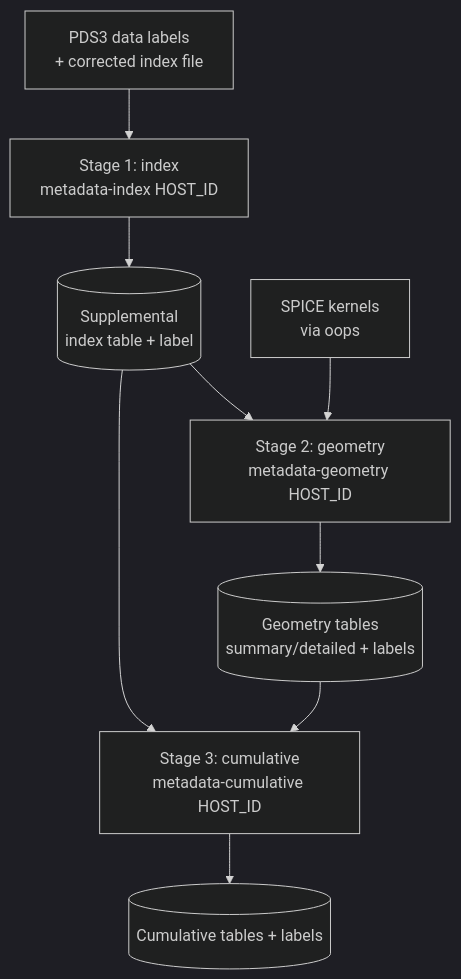
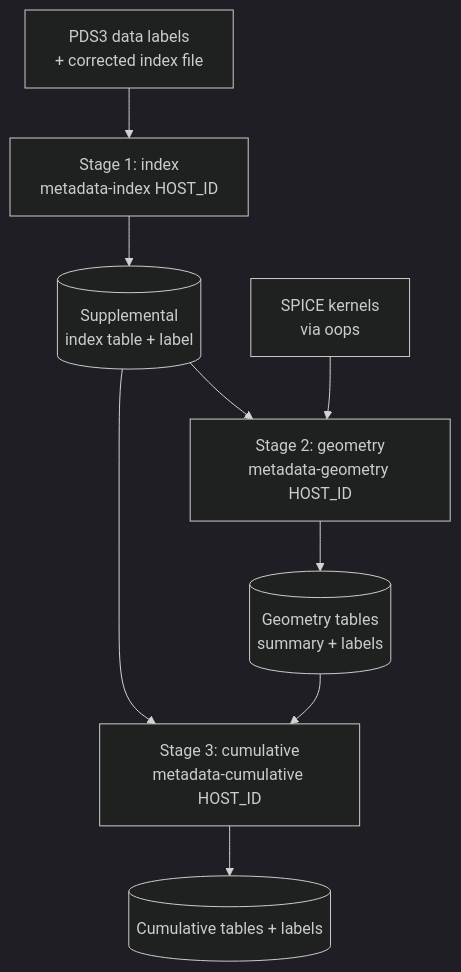
Before and after one commit to SETI/rms-metadata-tools: the diagram in docs/user_guide/user_guide_overview.rst, drawn with Mermaid (dark theme). The commit also changed other lines of this file and 65 other files, not shown here.

```diff
--- a/docs/user_guide/user_guide_overview.rst
+++ b/docs/user_guide/user_guide_overview.rst
@@ -62,11 +61,11 @@
 .. mermaid::
 
    flowchart TD
        L[PDS3 data labels<br/>+ corrected index file] --> I[Stage 1: index<br/>metadata-index HOST_ID]
        I --> IT[(Supplemental<br/>index table + label)]
        IT --> G[Stage 2: geometry<br/>metadata-geometry HOST_ID]
        SPICE[SPICE kernels<br/>via oops] --> G
-       G --> GT[(Geometry tables<br/>summary/detailed + labels)]
+       G --> GT[(Geometry tables<br/>summary + labels)]
        IT --> C[Stage 3: cumulative<br/>metadata-cumulative HOST_ID]
        GT --> C
        C --> CT[(Cumulative tables + labels)]
```
